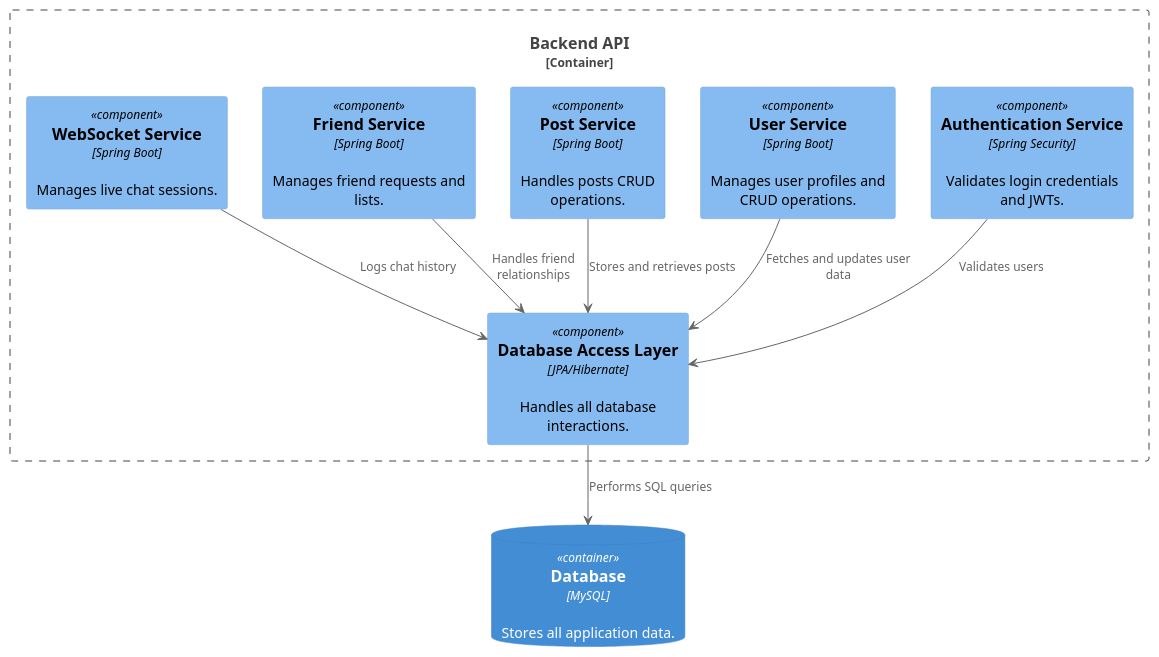
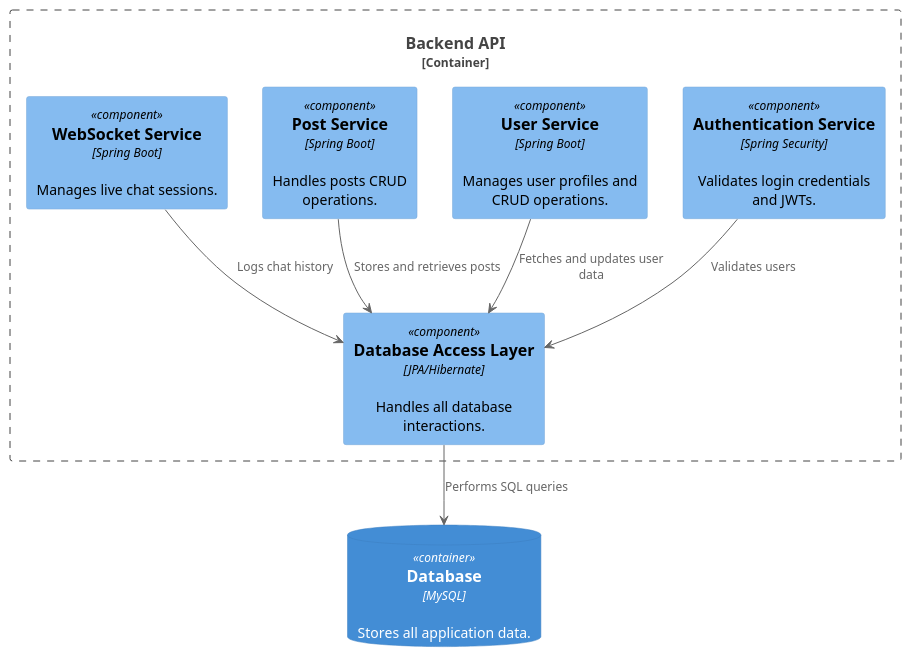
One commit to AlphaUsername123/individualsocialmedia changed the diagram in Documents/C4/C3(Backend).puml. Above: the diagram before and after it, drawn with PlantUML. The commit also changed 14 other files, not shown here.

```diff
--- a/Documents/C4/C3(Backend).puml
+++ b/Documents/C4/C3(Backend).puml
@@ -1,22 +1,20 @@
 @startuml
 !include <C4/C4_Component>
 
 Container_Boundary(backend, "Backend API") {
     Component(authService, "Authentication Service", "Spring Security", "Validates login credentials and JWTs.")
     Component(userService, "User Service", "Spring Boot", "Manages user profiles and CRUD operations.")
     Component(postService, "Post Service", "Spring Boot", "Handles posts CRUD operations.")
-    Component(friendService, "Friend Service", "Spring Boot", "Manages friend requests and lists.")
     Component(webSocketService, "WebSocket Service", "Spring Boot", "Manages live chat sessions.")
     Component(dbAccess, "Database Access Layer", "JPA/Hibernate", "Handles all database interactions.")
 }
 
 ContainerDb(database, "Database", "MySQL", "Stores all application data.")
 
 ' Relationships
 authService -down-> dbAccess : "Validates users"
 userService -down-> dbAccess : "Fetches and updates user data"
 postService -down-> dbAccess : "Stores and retrieves posts"
-friendService -down-> dbAccess : "Handles friend relationships"
 webSocketService -down-> dbAccess : "Logs chat history"
 dbAccess -down-> database : "Performs SQL queries"
 @enduml
```
